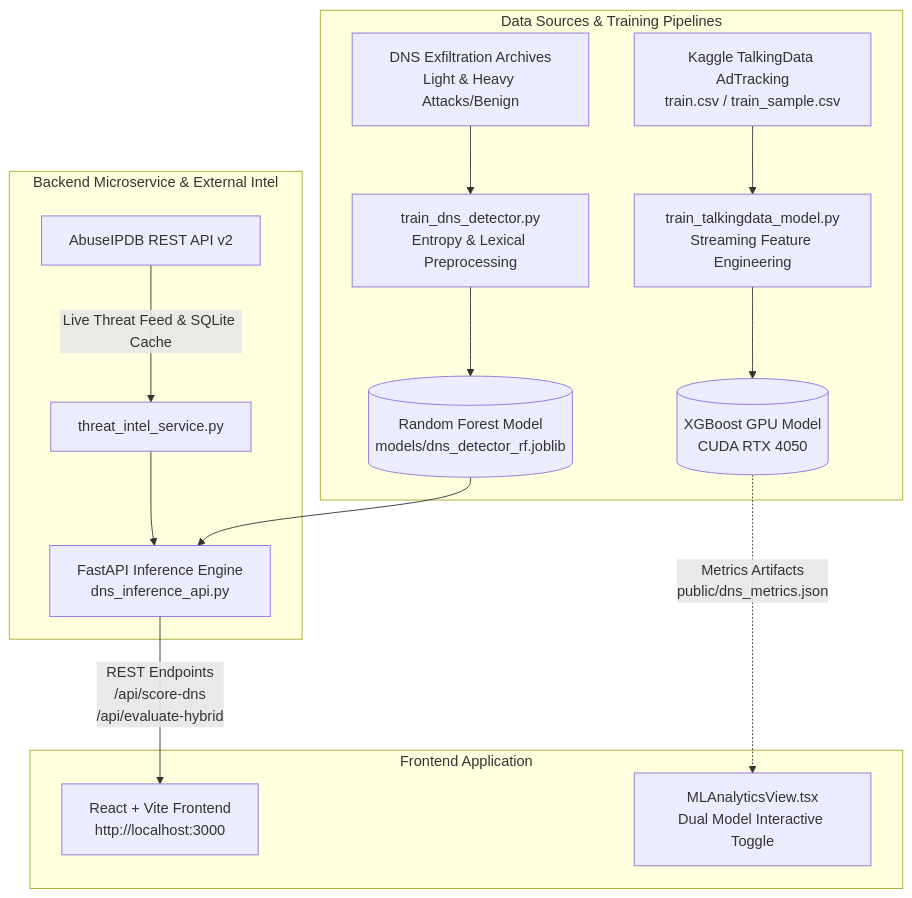
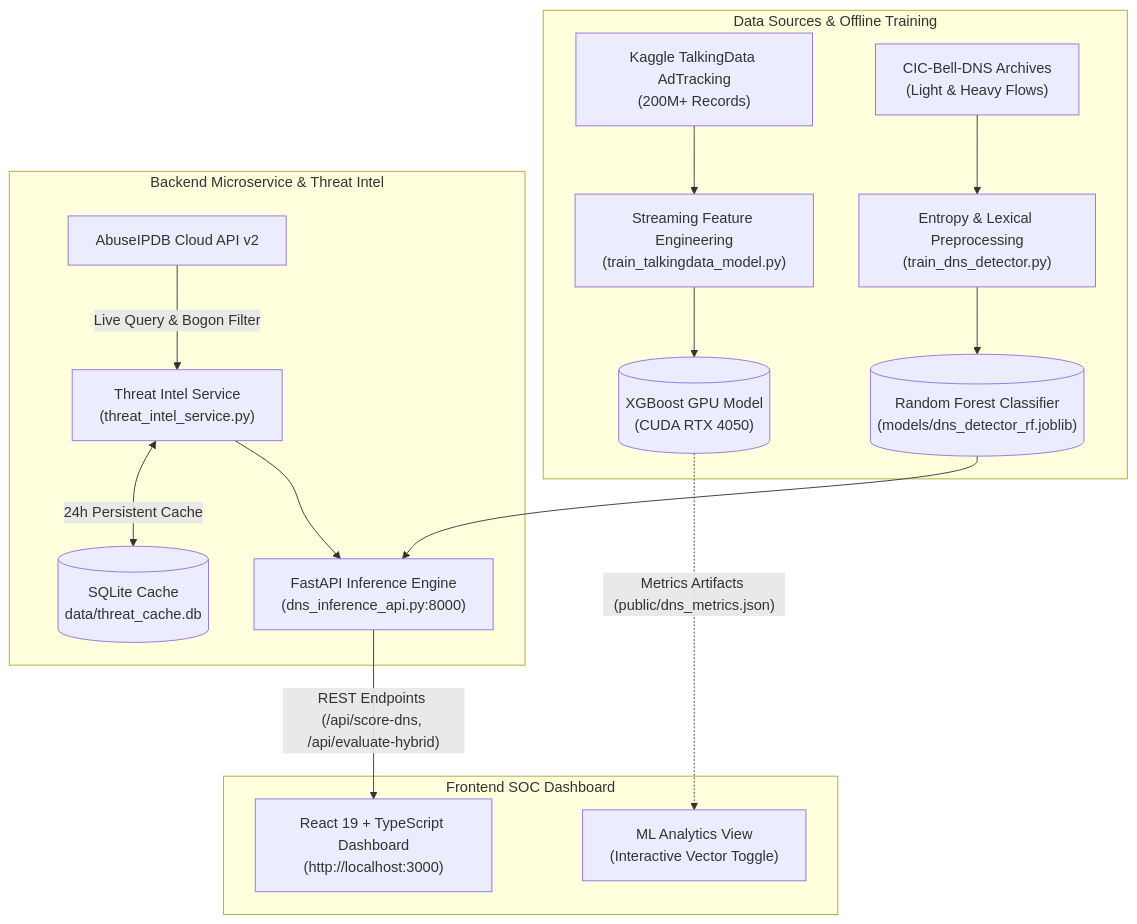
One commit to Yashasghnnsj/SPA-1 changed the diagram in README.md. Above: the diagram before and after it, drawn with Mermaid. The commit also changed other lines of this file and 6 other files, not shown here.

````diff
--- a/README.md
+++ b/README.md
@@ -21,21 +45,22 @@
 ```mermaid
 flowchart TD
-    subgraph Data Sources & Training Pipelines
-        A1[Kaggle TalkingData AdTracking<br/>train.csv / train_sample.csv] --> B1[train_talkingdata_model.py<br/>Streaming Feature Engineering]
-        B1 --> C1[(XGBoost GPU Model<br/>CUDA RTX 4050)]
+    subgraph Data Sources & Offline Training
+        A1["Kaggle TalkingData AdTracking<br/>(200M+ Records)"] --> B1["Streaming Feature Engineering<br/>(train_talkingdata_model.py)"]
+        B1 --> C1[("XGBoost GPU Model<br/>(CUDA RTX 4050)")]
         
-        A2[DNS Exfiltration Archives<br/>Light & Heavy Attacks/Benign] --> B2[train_dns_detector.py<br/>Entropy & Lexical Preprocessing]
-        B2 --> C2[(Random Forest Model<br/>models/dns_detector_rf.joblib)]
+        A2["CIC-Bell-DNS Archives<br/>(Light & Heavy Flows)"] --> B2["Entropy & Lexical Preprocessing<br/>(train_dns_detector.py)"]
+        B2 --> C2[("Random Forest Classifier<br/>(models/dns_detector_rf.joblib)")]
     end
 
-    subgraph Backend Microservice & External Intel
-        C2 --> D[FastAPI Inference Engine<br/>dns_inference_api.py]
-        E[AbuseIPDB REST API v2] -->|Live Threat Feed & SQLite Cache| F[threat_intel_service.py]
+    subgraph Backend Microservice & Threat Intel
+        C2 --> D["FastAPI Inference Engine<br/>(dns_inference_api.py:8000)"]
+        E["AbuseIPDB Cloud API v2"] -->|"Live Query & Bogon Filter"| F["Threat Intel Service<br/>(threat_intel_service.py)"]
+        F <-->|"24h Persistent Cache"| DB[("SQLite Cache<br/>data/threat_cache.db")]
         F --> D
     end
 
-    subgraph Frontend Application
-        D -->|REST Endpoints<br/>/api/score-dns<br/>/api/evaluate-hybrid| G[React + Vite Frontend<br/>http://localhost:3000]
-        C1 -.->|Metrics Artifacts<br/>public/dns_metrics.json| H[MLAnalyticsView.tsx<br/>Dual Model Interactive Toggle]
+    subgraph Frontend SOC Dashboard
+        D -->|"REST Endpoints (/api/score-dns, /api/evaluate-hybrid)"| G["React 19 + TypeScript Dashboard<br/>(http://localhost:3000)"]
+        C1 -.->|"Metrics Artifacts (public/dns_metrics.json)"| H["ML Analytics View<br/>(Interactive Vector Toggle)"]
     end
 ```
````
